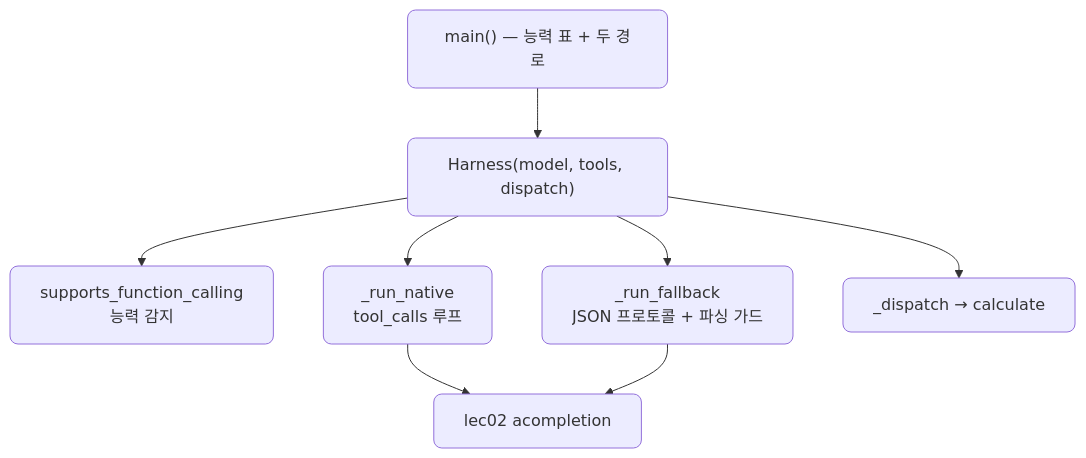
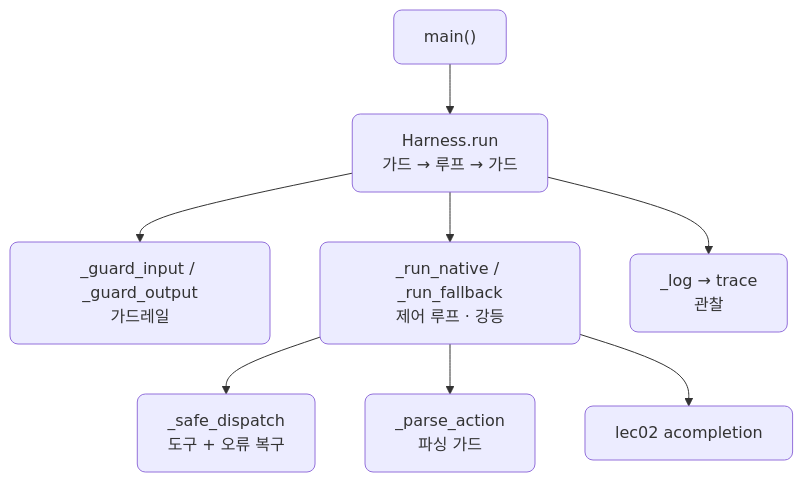
One commit to CodeCompose7/ai_service_engineering changed the tenth of 10 diagrams in docs/section4/lec02/README.md. Above: the diagram before and after it, drawn with Mermaid. The commit also changed other lines of this file and 2 other files, not shown here.

````diff
--- a/docs/section4/lec02/README.md
+++ b/docs/section4/lec02/README.md
@@ -144,12 +183,11 @@
 ```mermaid
 flowchart TB
-  MAIN["main() — 능력 표 + 두 경로"]
-  MAIN --> H["Harness(model, tools, dispatch)"]
-  H --> CAP["supports_function_calling<br/>능력 감지"]
-  H --> RN["_run_native<br/>tool_calls 루프"]
-  H --> RF["_run_fallback<br/>JSON 프로토콜 + 파싱 가드"]
+  MAIN["main()"] --> RUN["Harness.run<br/>가드 → 루프 → 가드"]
+  RUN --> GI["_guard_input / _guard_output<br/>가드레일"]
+  RUN --> RN["_run_native / _run_fallback<br/>제어 루프 · 강등"]
+  RN --> SD["_safe_dispatch<br/>도구 + 오류 복구"]
+  RN --> PA["_parse_action<br/>파싱 가드"]
   RN --> LLM["lec02 acompletion"]
-  RF --> LLM
-  H --> DSP["_dispatch → calculate"]
+  RUN --> LOG["_log → trace<br/>관찰"]
   classDef default rx:8,ry:8;
 ```
````
